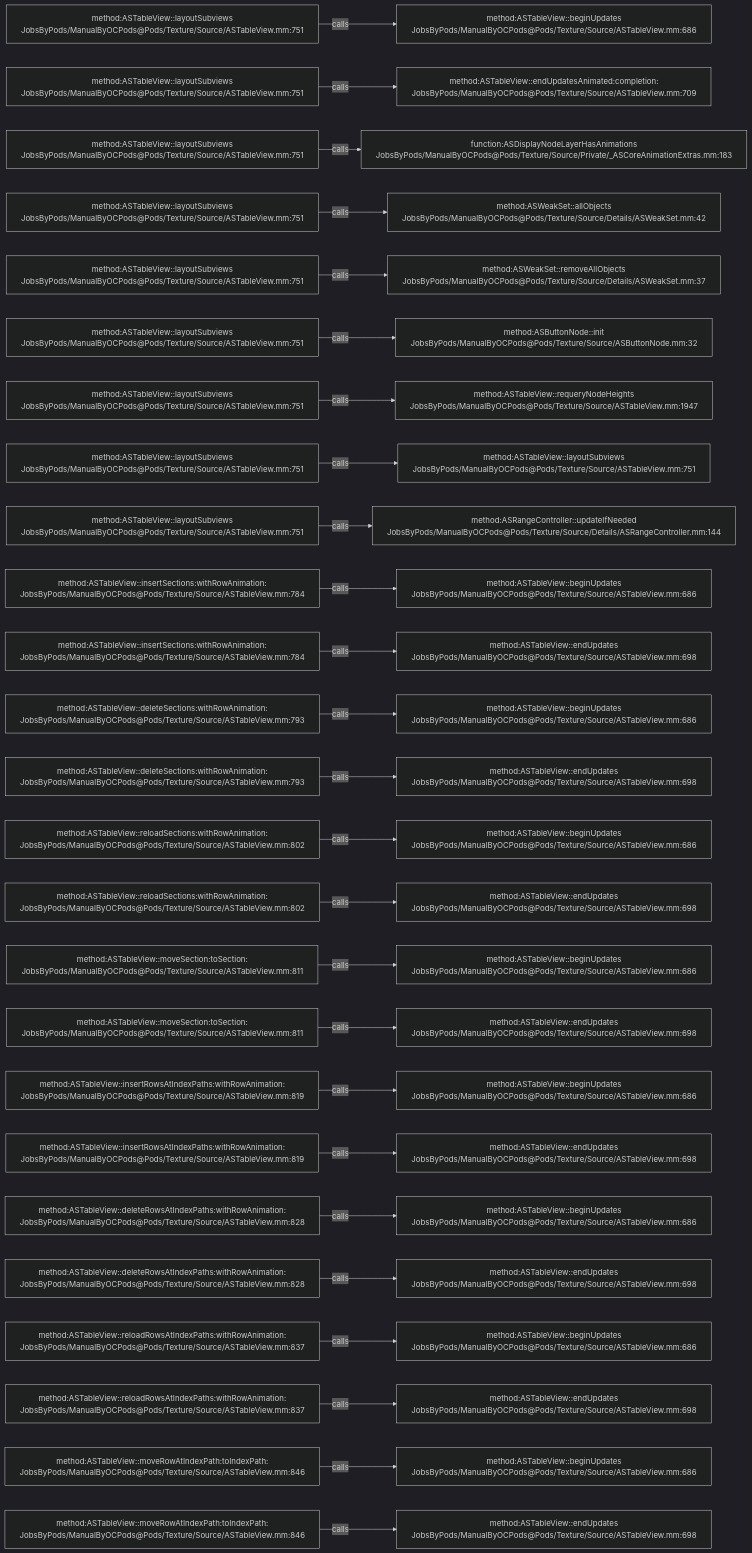
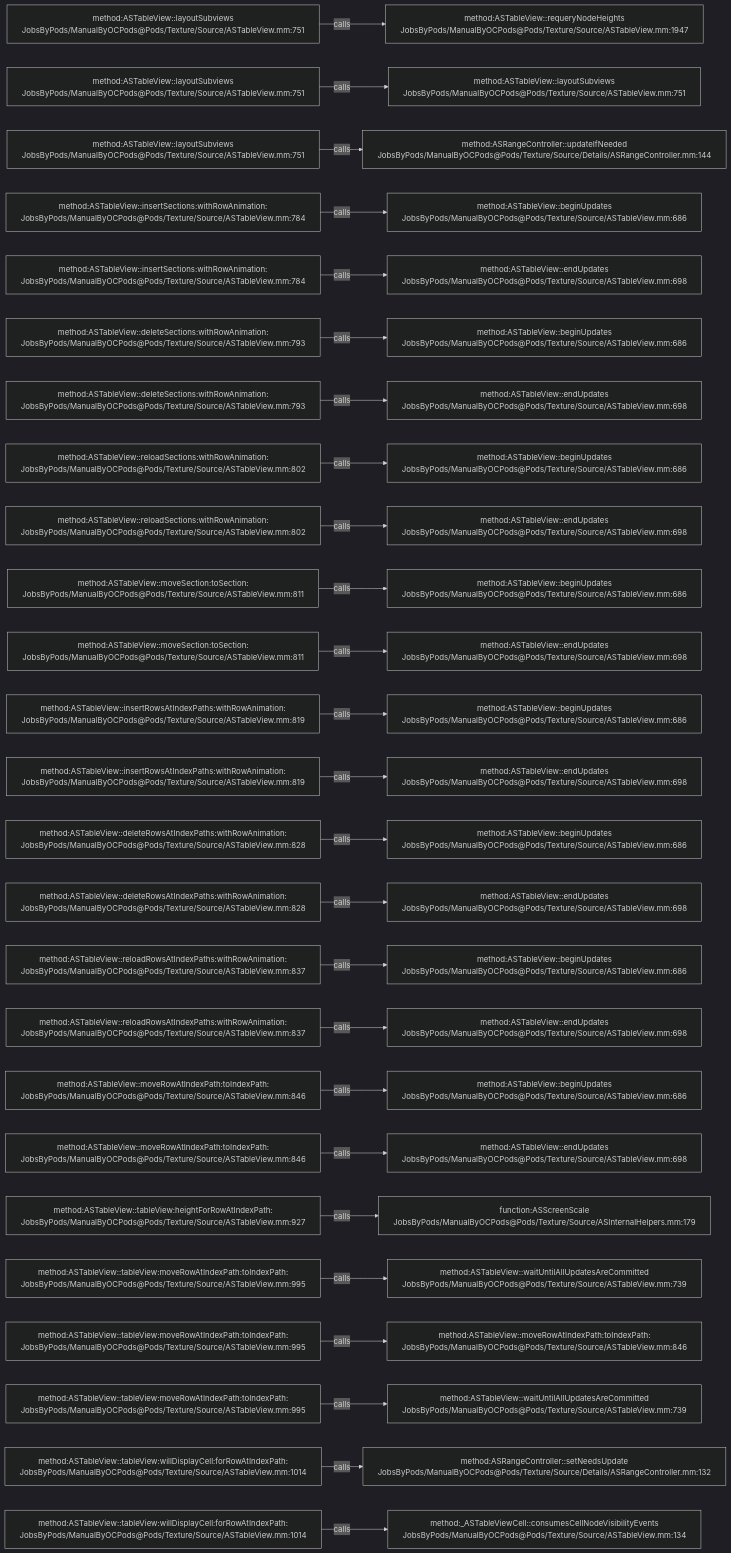
The diagram in .codegraph/codegraph.md/graphs/calls-120.md (JobsKits/JobsOCBaseConfigDemo), drawn with Mermaid (dark theme) before and after one commit. The commit also changed 666 other files, not shown here.

````diff
--- a/.codegraph/codegraph.md/graphs/calls-120.md
+++ b/.codegraph/codegraph.md/graphs/calls-120.md
@@ -13,78 +13,78 @@
 ```mermaid
 flowchart LR
   S1["method:ASTableView::layoutSubviews<br/>JobsByPods/ManualByOCPods@Pods/Texture/Source/ASTableView.mm:751"]
-  T1["method:ASTableView::beginUpdates<br/>JobsByPods/ManualByOCPods@Pods/Texture/Source/ASTableView.mm:686"]
+  T1["method:ASTableView::requeryNodeHeights<br/>JobsByPods/ManualByOCPods@Pods/Texture/Source/ASTableView.mm:1947"]
   S1 -->|calls| T1
   S2["method:ASTableView::layoutSubviews<br/>JobsByPods/ManualByOCPods@Pods/Texture/Source/ASTableView.mm:751"]
-  T2["method:ASTableView::endUpdatesAnimated:completion:<br/>JobsByPods/ManualByOCPods@Pods/Texture/Source/ASTableView.mm:709"]
+  T2["method:ASTableView::layoutSubviews<br/>JobsByPods/ManualByOCPods@Pods/Texture/Source/ASTableView.mm:751"]
   S2 -->|calls| T2
   S3["method:ASTableView::layoutSubviews<br/>JobsByPods/ManualByOCPods@Pods/Texture/Source/ASTableView.mm:751"]
-  T3["function:ASDisplayNodeLayerHasAnimations<br/>JobsByPods/ManualByOCPods@Pods/Texture/Source/Private/_ASCoreAnimationExtras.mm:183"]
+  T3["method:ASRangeController::updateIfNeeded<br/>JobsByPods/ManualByOCPods@Pods/Texture/Source/Details/ASRangeController.mm:144"]
   S3 -->|calls| T3
-  S4["method:ASTableView::layoutSubviews<br/>JobsByPods/ManualByOCPods@Pods/Texture/Source/ASTableView.mm:751"]
-  T4["method:ASWeakSet::allObjects<br/>JobsByPods/ManualByOCPods@Pods/Texture/Source/Details/ASWeakSet.mm:42"]
+  S4["method:ASTableView::insertSections:withRowAnimation:<br/>JobsByPods/ManualByOCPods@Pods/Texture/Source/ASTableView.mm:784"]
+  T4["method:ASTableView::beginUpdates<br/>JobsByPods/ManualByOCPods@Pods/Texture/Source/ASTableView.mm:686"]
   S4 -->|calls| T4
-  S5["method:ASTableView::layoutSubviews<br/>JobsByPods/ManualByOCPods@Pods/Texture/Source/ASTableView.mm:751"]
-  T5["method:ASWeakSet::removeAllObjects<br/>JobsByPods/ManualByOCPods@Pods/Texture/Source/Details/ASWeakSet.mm:37"]
+  S5["method:ASTableView::insertSections:withRowAnimation:<br/>JobsByPods/ManualByOCPods@Pods/Texture/Source/ASTableView.mm:784"]
+  T5["method:ASTableView::endUpdates<br/>JobsByPods/ManualByOCPods@Pods/Texture/Source/ASTableView.mm:698"]
   S5 -->|calls| T5
-  S6["method:ASTableView::layoutSubviews<br/>JobsByPods/ManualByOCPods@Pods/Texture/Source/ASTableView.mm:751"]
-  T6["method:ASButtonNode::init<br/>JobsByPods/ManualByOCPods@Pods/Texture/Source/ASButtonNode.mm:32"]
+  S6["method:ASTableView::deleteSections:withRowAnimation:<br/>JobsByPods/ManualByOCPods@Pods/Texture/Source/ASTableView.mm:793"]
+  T6["method:ASTableView::beginUpdates<br/>JobsByPods/ManualByOCPods@Pods/Texture/Source/ASTableView.mm:686"]
   S6 -->|calls| T6
-  S7["method:ASTableView::layoutSubviews<br/>JobsByPods/ManualByOCPods@Pods/Texture/Source/ASTableView.mm:751"]
-  T7["method:ASTableView::requeryNodeHeights<br/>JobsByPods/ManualByOCPods@Pods/Texture/Source/ASTableView.mm:1947"]
+  S7["method:ASTableView::deleteSections:withRowAnimation:<br/>JobsByPods/ManualByOCPods@Pods/Texture/Source/ASTableView.mm:793"]
+  T7["method:ASTableView::endUpdates<br/>JobsByPods/ManualByOCPods@Pods/Texture/Source/ASTableView.mm:698"]
   S7 -->|calls| T7
-  S8["method:ASTableView::layoutSubviews<br/>JobsByPods/ManualByOCPods@Pods/Texture/Source/ASTableView.mm:751"]
-  T8["method:ASTableView::layoutSubviews<br/>JobsByPods/ManualByOCPods@Pods/Texture/Source/ASTableView.mm:751"]
+  S8["method:ASTableView::reloadSections:withRowAnimation:<br/>JobsByPods/ManualByOCPods@Pods/Texture/Source/ASTableView.mm:802"]
+  T8["method:ASTableView::beginUpdates<br/>JobsByPods/ManualByOCPods@Pods/Texture/Source/ASTableView.mm:686"]
   S8 -->|calls| T8
-  S9["method:ASTableView::layoutSubviews<br/>JobsByPods/ManualByOCPods@Pods/Texture/Source/ASTableView.mm:751"]
-  T9["method:ASRangeController::updateIfNeeded<br/>JobsByPods/ManualByOCPods@Pods/Texture/Source/Details/ASRangeController.mm:144"]
+  S9["method:ASTableView::reloadSections:withRowAnimation:<br/>JobsByPods/ManualByOCPods@Pods/Texture/Source/ASTableView.mm:802"]
+  T9["method:ASTableView::endUpdates<br/>JobsByPods/ManualByOCPods@Pods/Texture/Source/ASTableView.mm:698"]
   S9 -->|calls| T9
-  S10["method:ASTableView::insertSections:withRowAnimation:<br/>JobsByPods/ManualByOCPods@Pods/Texture/Source/ASTableView.mm:784"]
+  S10["method:ASTableView::moveSection:toSection:<br/>JobsByPods/ManualByOCPods@Pods/Texture/Source/ASTableView.mm:811"]
   T10["method:ASTableView::beginUpdates<br/>JobsByPods/ManualByOCPods@Pods/Texture/Source/ASTableView.mm:686"]
   S10 -->|calls| T10
-  S11["method:ASTableView::insertSections:withRowAnimation:<br/>JobsByPods/ManualByOCPods@Pods/Texture/Source/ASTableView.mm:784"]
+  S11["method:ASTableView::moveSection:toSection:<br/>JobsByPods/ManualByOCPods@Pods/Texture/Source/ASTableView.mm:811"]
   T11["method:ASTableView::endUpdates<br/>JobsByPods/ManualByOCPods@Pods/Texture/Source/ASTableView.mm:698"]
   S11 -->|calls| T11
-  S12["method:ASTableView::deleteSections:withRowAnimation:<br/>JobsByPods/ManualByOCPods@Pods/Texture/Source/ASTableView.mm:793"]
+  S12["method:ASTableView::insertRowsAtIndexPaths:withRowAnimation:<br/>JobsByPods/ManualByOCPods@Pods/Texture/Source/ASTableView.mm:819"]
   T12["method:ASTableView::beginUpdates<br/>JobsByPods/ManualByOCPods@Pods/Texture/Source/ASTableView.mm:686"]
   S12 -->|calls| T12
-  S13["method:ASTableView::deleteSections:withRowAnimation:<br/>JobsByPods/ManualByOCPods@Pods/Texture/Source/ASTableView.mm:793"]
+  S13["method:ASTableView::insertRowsAtIndexPaths:withRowAnimation:<br/>JobsByPods/ManualByOCPods@Pods/Texture/Source/ASTableView.mm:819"]
   T13["method:ASTableView::endUpdates<br/>JobsByPods/ManualByOCPods@Pods/Texture/Source/ASTableView.mm:698"]
   S13 -->|calls| T13
-  S14["method:ASTableView::reloadSections:withRowAnimation:<br/>JobsByPods/ManualByOCPods@Pods/Texture/Source/ASTableView.mm:802"]
+  S14["method:ASTableView::deleteRowsAtIndexPaths:withRowAnimation:<br/>JobsByPods/ManualByOCPods@Pods/Texture/Source/ASTableView.mm:828"]
   T14["method:ASTableView::beginUpdates<br/>JobsByPods/ManualByOCPods@Pods/Texture/Source/ASTableView.mm:686"]
   S14 -->|calls| T14
-  S15["method:ASTableView::reloadSections:withRowAnimation:<br/>JobsByPods/ManualByOCPods@Pods/Texture/Source/ASTableView.mm:802"]
+  S15["method:ASTableView::deleteRowsAtIndexPaths:withRowAnimation:<br/>JobsByPods/ManualByOCPods@Pods/Texture/Source/ASTableView.mm:828"]
   T15["method:ASTableView::endUpdates<br/>JobsByPods/ManualByOCPods@Pods/Texture/Source/ASTableView.mm:698"]
   S15 -->|calls| T15
-  S16["method:ASTableView::moveSection:toSection:<br/>JobsByPods/ManualByOCPods@Pods/Texture/Source/ASTableView.mm:811"]
+  S16["method:ASTableView::reloadRowsAtIndexPaths:withRowAnimation:<br/>JobsByPods/ManualByOCPods@Pods/Texture/Source/ASTableView.mm:837"]
   T16["method:ASTableView::beginUpdates<br/>JobsByPods/ManualByOCPods@Pods/Texture/Source/ASTableView.mm:686"]
   S16 -->|calls| T16
-  S17["method:ASTableView::moveSection:toSection:<br/>JobsByPods/ManualByOCPods@Pods/Texture/Source/ASTableView.mm:811"]
+  S17["method:ASTableView::reloadRowsAtIndexPaths:withRowAnimation:<br/>JobsByPods/ManualByOCPods@Pods/Texture/Source/ASTableView.mm:837"]
   T17["method:ASTableView::endUpdates<br/>JobsByPods/ManualByOCPods@Pods/Texture/Source/ASTableView.mm:698"]
   S17 -->|calls| T17
-  S18["method:ASTableView::insertRowsAtIndexPaths:withRowAnimation:<br/>JobsByPods/ManualByOCPods@Pods/Texture/Source/ASTableView.mm:819"]
+  S18["method:ASTableView::moveRowAtIndexPath:toIndexPath:<br/>JobsByPods/ManualByOCPods@Pods/Texture/Source/ASTableView.mm:846"]
   T18["method:ASTableView::beginUpdates<br/>JobsByPods/ManualByOCPods@Pods/Texture/Source/ASTableView.mm:686"]
   S18 -->|calls| T18
-  S19["method:ASTableView::insertRowsAtIndexPaths:withRowAnimation:<br/>JobsByPods/ManualByOCPods@Pods/Texture/Source/ASTableView.mm:819"]
+  S19["method:ASTableView::moveRowAtIndexPath:toIndexPath:<br/>JobsByPods/ManualByOCPods@Pods/Texture/Source/ASTableView.mm:846"]
   T19["method:ASTableView::endUpdates<br/>JobsByPods/ManualByOCPods@Pods/Texture/Source/ASTableView.mm:698"]
   S19 -->|calls| T19
-  S20["method:ASTableView::deleteRowsAtIndexPaths:withRowAnimation:<br/>JobsByPods/ManualByOCPods@Pods/Texture/Source/ASTableView.mm:828"]
-  T20["method:ASTableView::beginUpdates<br/>JobsByPods/ManualByOCPods@Pods/Texture/Source/ASTableView.mm:686"]
+  S20["method:ASTableView::tableView:heightForRowAtIndexPath:<br/>JobsByPods/ManualByOCPods@Pods/Texture/Source/ASTableView.mm:927"]
+  T20["function:ASScreenScale<br/>JobsByPods/ManualByOCPods@Pods/Texture/Source/ASInternalHelpers.mm:179"]
   S20 -->|calls| T20
-  S21["method:ASTableView::deleteRowsAtIndexPaths:withRowAnimation:<br/>JobsByPods/ManualByOCPods@Pods/Texture/Source/ASTableView.mm:828"]
-  T21["method:ASTableView::endUpdates<br/>JobsByPods/ManualByOCPods@Pods/Texture/Source/ASTableView.mm:698"]
+  S21["method:ASTableView::tableView:moveRowAtIndexPath:toIndexPath:<br/>JobsByPods/ManualByOCPods@Pods/Texture/Source/ASTableView.mm:995"]
+  T21["method:ASTableView::waitUntilAllUpdatesAreCommitted<br/>JobsByPods/ManualByOCPods@Pods/Texture/Source/ASTableView.mm:739"]
   S21 -->|calls| T21
-  S22["method:ASTableView::reloadRowsAtIndexPaths:withRowAnimation:<br/>JobsByPods/ManualByOCPods@Pods/Texture/Source/ASTableView.mm:837"]
-  T22["method:ASTableView::beginUpdates<br/>JobsByPods/ManualByOCPods@Pods/Texture/Source/ASTableView.mm:686"]
+  S22["method:ASTableView::tableView:moveRowAtIndexPath:toIndexPath:<br/>JobsByPods/ManualByOCPods@Pods/Texture/Source/ASTableView.mm:995"]
+  T22["method:ASTableView::moveRowAtIndexPath:toIndexPath:<br/>JobsByPods/ManualByOCPods@Pods/Texture/Source/ASTableView.mm:846"]
   S22 -->|calls| T22
-  S23["method:ASTableView::reloadRowsAtIndexPaths:withRowAnimation:<br/>JobsByPods/ManualByOCPods@Pods/Texture/Source/ASTableView.mm:837"]
-  T23["method:ASTableView::endUpdates<br/>JobsByPods/ManualByOCPods@Pods/Texture/Source/ASTableView.mm:698"]
+  S23["method:ASTableView::tableView:moveRowAtIndexPath:toIndexPath:<br/>JobsByPods/ManualByOCPods@Pods/Texture/Source/ASTableView.mm:995"]
+  T23["method:ASTableView::waitUntilAllUpdatesAreCommitted<br/>JobsByPods/ManualByOCPods@Pods/Texture/Source/ASTableView.mm:739"]
   S23 -->|calls| T23
-  S24["method:ASTableView::moveRowAtIndexPath:toIndexPath:<br/>JobsByPods/ManualByOCPods@Pods/Texture/Source/ASTableView.mm:846"]
-  T24["method:ASTableView::beginUpdates<br/>JobsByPods/ManualByOCPods@Pods/Texture/Source/ASTableView.mm:686"]
+  S24["method:ASTableView::tableView:willDisplayCell:forRowAtIndexPath:<br/>JobsByPods/ManualByOCPods@Pods/Texture/Source/ASTableView.mm:1014"]
+  T24["method:ASRangeController::setNeedsUpdate<br/>JobsByPods/ManualByOCPods@Pods/Texture/Source/Details/ASRangeController.mm:132"]
   S24 -->|calls| T24
-  S25["method:ASTableView::moveRowAtIndexPath:toIndexPath:<br/>JobsByPods/ManualByOCPods@Pods/Texture/Source/ASTableView.mm:846"]
-  T25["method:ASTableView::endUpdates<br/>JobsByPods/ManualByOCPods@Pods/Texture/Source/ASTableView.mm:698"]
+  S25["method:ASTableView::tableView:willDisplayCell:forRowAtIndexPath:<br/>JobsByPods/ManualByOCPods@Pods/Texture/Source/ASTableView.mm:1014"]
+  T25["method:_ASTableViewCell::consumesCellNodeVisibilityEvents<br/>JobsByPods/ManualByOCPods@Pods/Texture/Source/ASTableView.mm:134"]
   S25 -->|calls| T25
 ```
````
